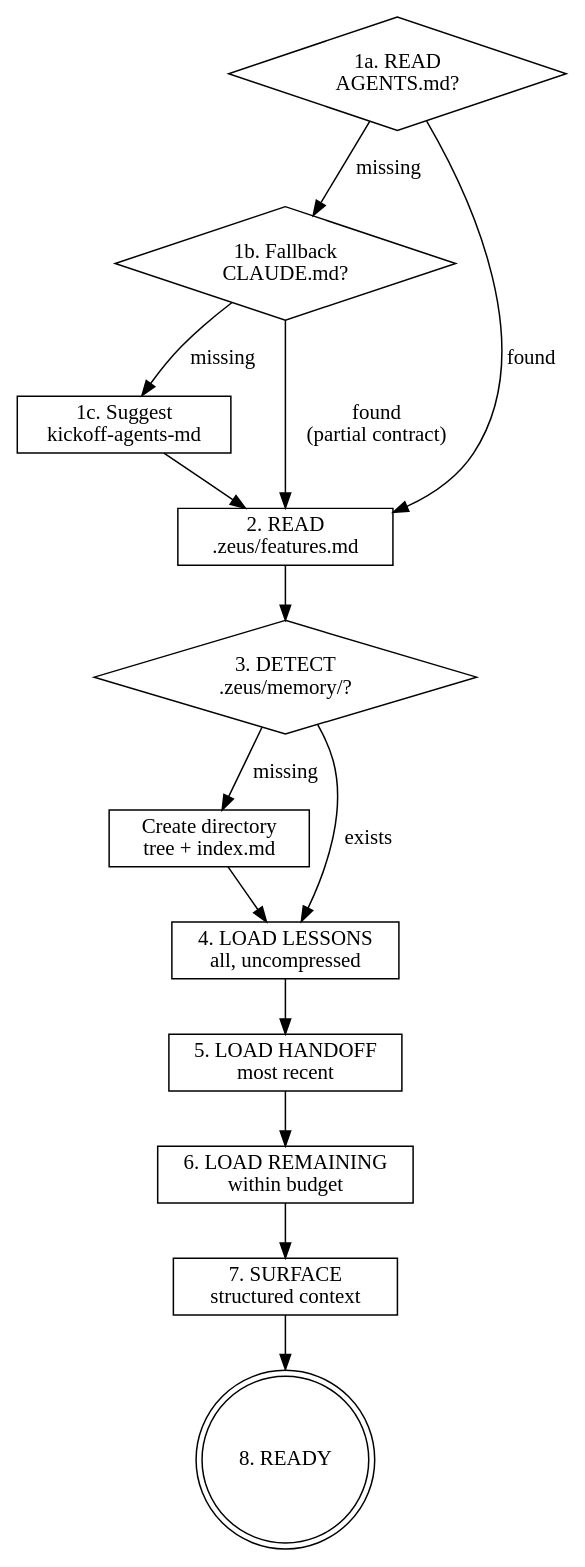
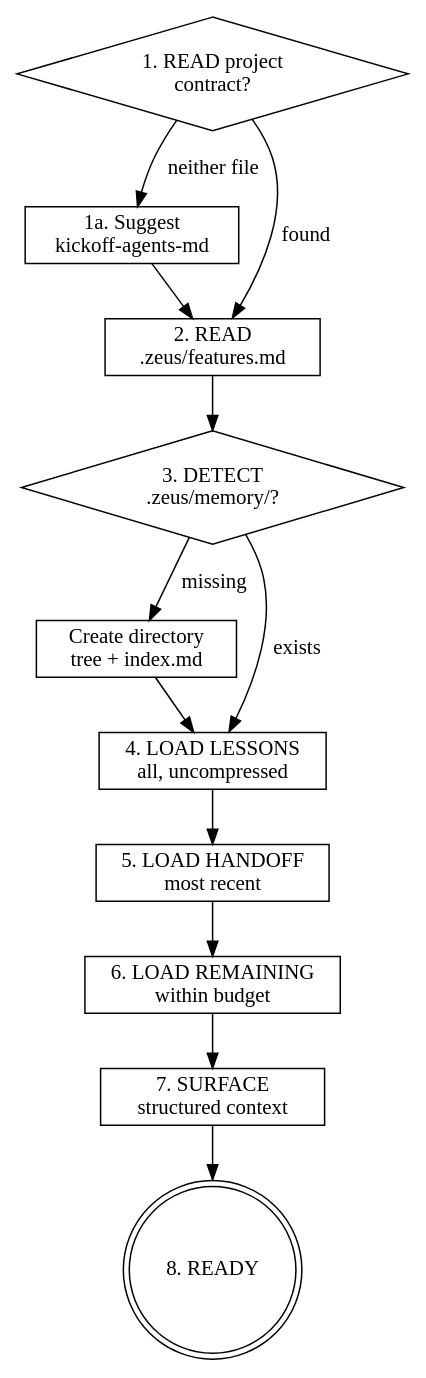
Before and after one commit to rainhan99/zeus: the diagram in skills/session-init/SKILL.md, drawn with Graphviz. The commit also changed other lines of this file and 8 other files, not shown here.

````diff
--- a/skills/session-init/SKILL.md
+++ b/skills/session-init/SKILL.md
@@ -45,26 +45,23 @@
 ```dot
 digraph session_init {
-  agents_md [label="1a. READ\nAGENTS.md?", shape=diamond];
-  claude_md [label="1b. Fallback\nCLAUDE.md?", shape=diamond];
-  suggest_kickoff [label="1c. Suggest\nkickoff-agents-md", shape=box];
+  contract [label="1. READ project\ncontract?", shape=diamond];
+  suggest_kickoff [label="1a. Suggest\nkickoff-agents-md", shape=box];
   features [label="2. READ\n.zeus/features.md", shape=box];
   detect [label="3. DETECT\n.zeus/memory/?", shape=diamond];
   create_mem [label="Create directory\ntree + index.md", shape=box];
   lessons [label="4. LOAD LESSONS\nall, uncompressed", shape=box];
   handoff [label="5. LOAD HANDOFF\nmost recent", shape=box];
   budget_load [label="6. LOAD REMAINING\nwithin budget", shape=box];
   surface [label="7. SURFACE\nstructured context", shape=box];
   ready [label="8. READY", shape=doublecircle];
 
-  agents_md -> features [label="found"];
-  agents_md -> claude_md [label="missing"];
-  claude_md -> features [label="found\n(partial contract)"];
-  claude_md -> suggest_kickoff [label="missing"];
+  contract -> features [label="found"];
+  contract -> suggest_kickoff [label="neither file"];
   suggest_kickoff -> features;
   features -> detect;
   detect -> create_mem [label="missing"];
   detect -> lessons [label="exists"];
   create_mem -> lessons;
   lessons -> handoff -> budget_load -> surface -> ready;
 }
 ```
````
